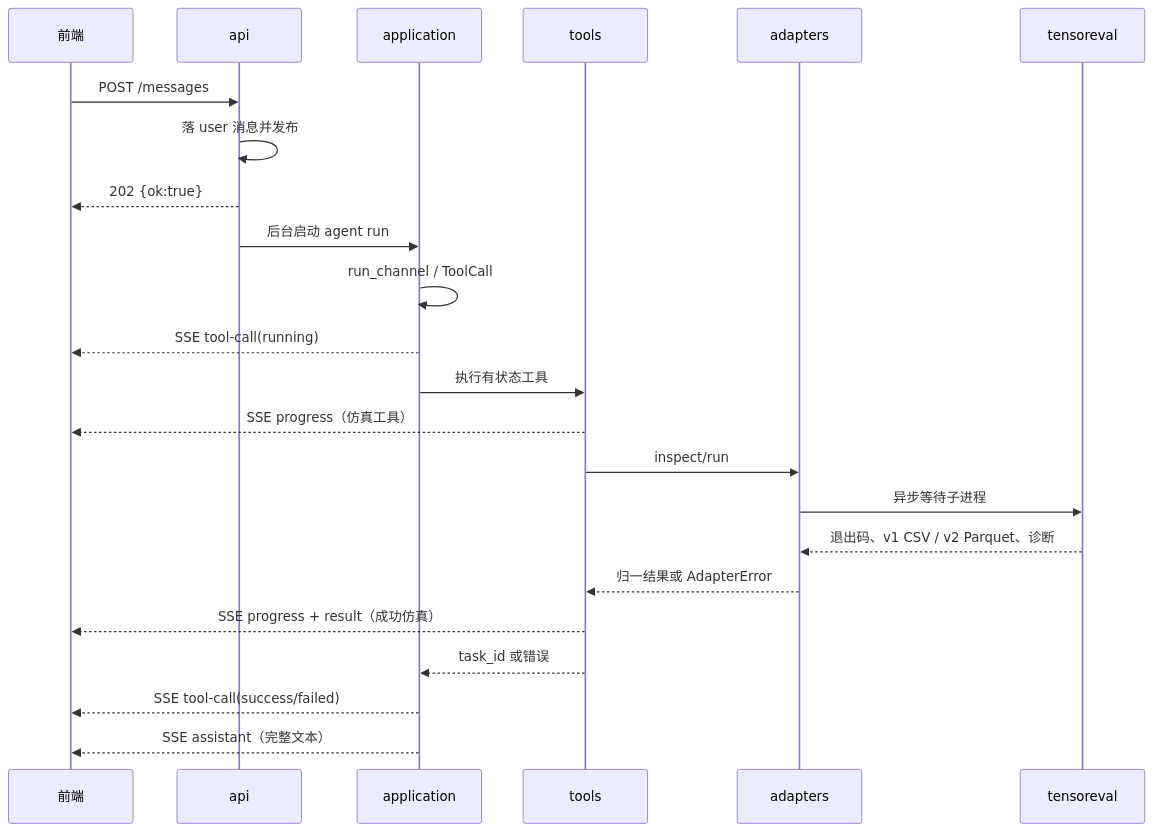
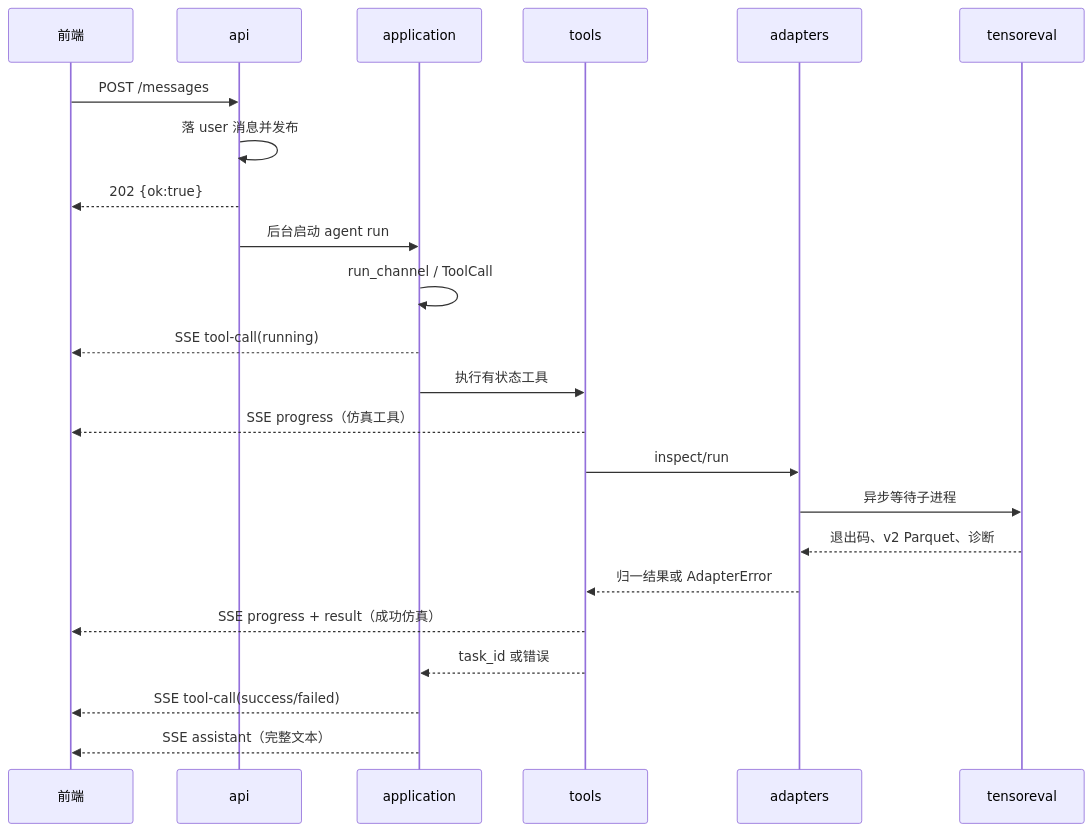
The diagram in docs/architecture.md (shufengdong/zjudss), drawn with Mermaid before and after one commit. The commit also changed other lines of this file and 7 other files, not shown here.

````diff
--- a/docs/architecture.md
+++ b/docs/architecture.md
@@ -307,25 +314,25 @@
 ```mermaid
 sequenceDiagram
     participant FE as 前端
     participant API as api
     participant APP as application
     participant TOOL as tools
     participant AD as adapters
     participant ENG as tensoreval
     FE->>API: POST /messages
     API->>API: 落 user 消息并发布
     API-->>FE: 202 {ok:true}
     API->>APP: 后台启动 agent run
     APP->>APP: run_channel / ToolCall
     APP-->>FE: SSE tool-call(running)
     APP->>TOOL: 执行有状态工具
     TOOL-->>FE: SSE progress（仿真工具）
     TOOL->>AD: inspect/run
     AD->>ENG: 异步等待子进程
-    ENG-->>AD: 退出码、v1 CSV / v2 Parquet、诊断
+    ENG-->>AD: 退出码、v2 Parquet、诊断
     AD-->>TOOL: 归一结果或 AdapterError
     TOOL-->>FE: SSE progress + result（成功仿真）
     TOOL-->>APP: task_id 或错误
     APP-->>FE: SSE tool-call(success/failed)
     APP-->>FE: SSE assistant（完整文本）
 ```
````
